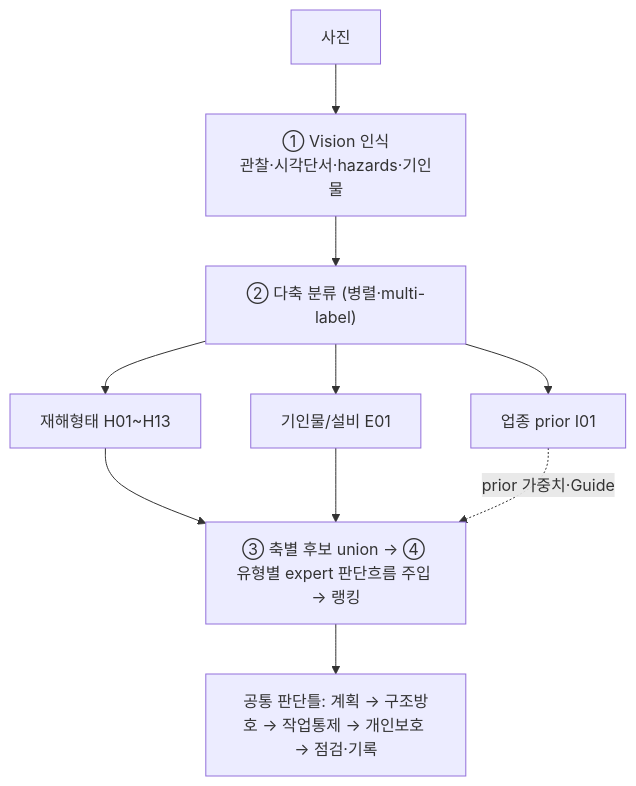
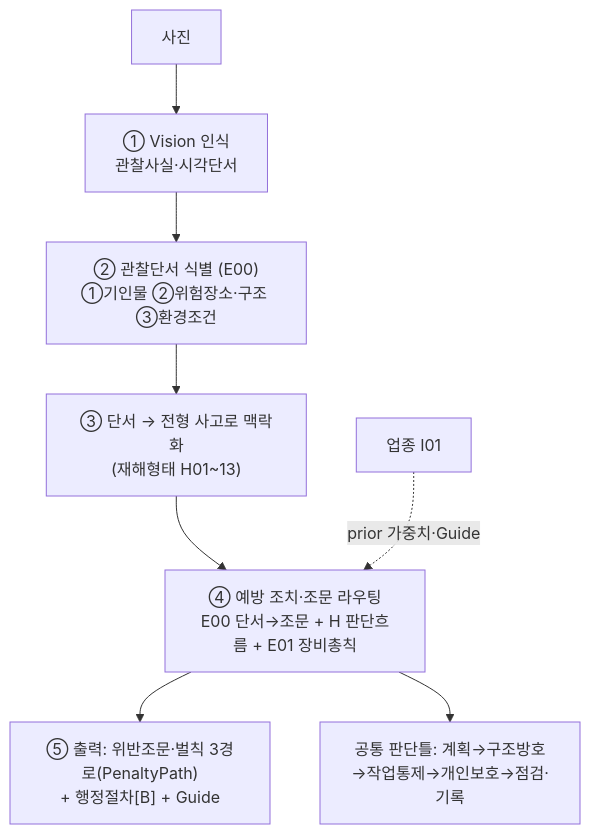
Before and after one commit to jinbless/arch-bot: the diagram in docs/knowledge/감독관-판단기준/00-master.md, drawn with Mermaid. The commit also changed other lines of this file and 4 other files, not shown here.

First line of the commit message:
feat(knowledge): P1 절 통합(기인물 진입/흐름 분리) + 관찰단서 모델 반영 + 탐색기 품질

````diff
--- a/docs/knowledge/감독관-판단기준/00-master.md
+++ b/docs/knowledge/감독관-판단기준/00-master.md
@@ -21,12 +21,10 @@
 ```mermaid
 flowchart TD
-  P[사진] --> V["① Vision 인식<br/>관찰·시각단서·hazards·기인물"]
-  V --> AX["② 다축 분류 (병렬·multi-label)"]
-  AX --> Hx["재해형태 H01~H13"]
-  AX --> Ex["기인물/설비 E01"]
-  AX --> Ix["업종 prior I01"]
-  Hx --> R["③ 축별 후보 union → ④ 유형별 expert 판단흐름 주입 → 랭킹"]
-  Ex --> R
-  Ix -. prior 가중치·Guide .-> R
-  R --> C["공통 판단틀: 계획 → 구조방호 → 작업통제 → 개인보호 → 점검·기록"]
+  P[사진] --> V["① Vision 인식<br/>관찰사실·시각단서"]
+  V --> CUE["② 관찰단서 식별 (E00)<br/>①기인물 ②위험장소·구조 ③환경조건"]
+  CUE --> ACC["③ 단서 → 전형 사고로 맥락화<br/>(재해형태 H01~13)"]
+  ACC --> CTRL["④ 예방 조치·조문 라우팅<br/>E00 단서→조문 + H 판단흐름 + E01 장비총칙"]
+  CTRL --> OUT["⑤ 출력: 위반조문·벌칙 3경로(PenaltyPath)<br/>+ 행정절차[B] + Guide"]
+  CTRL --> C["공통 판단틀: 계획→구조방호→작업통제→개인보호→점검·기록"]
+  I["업종 I01"] -. prior 가중치·Guide .-> CTRL
 ```
````
